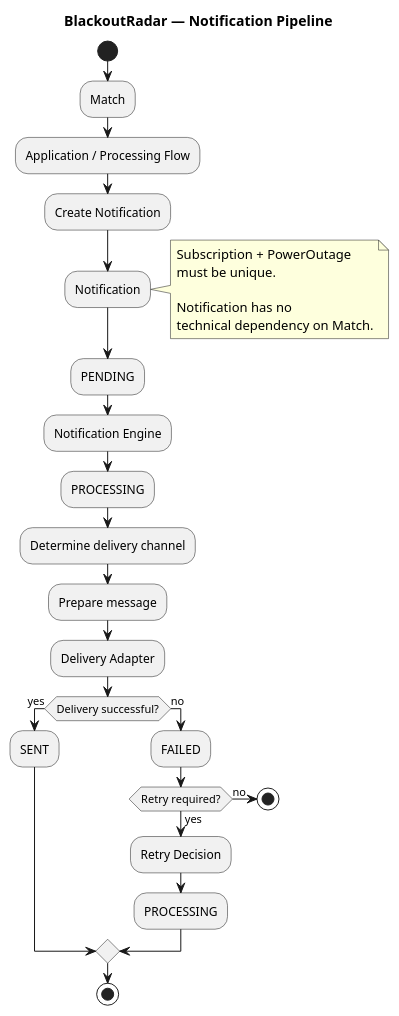
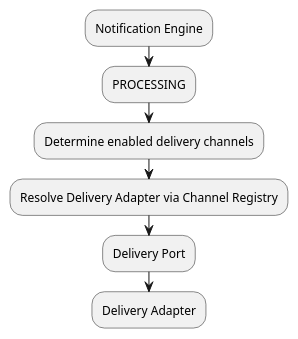
The diagram in docs/diagrams/detailed/09-notification-pipeline.puml (ZyibinAV/BlackoutRadar), drawn with PlantUML before and after one commit. The commit also changed 57 other files, not shown here.

```diff
--- a/docs/diagrams/detailed/09-notification-pipeline.puml
+++ b/docs/diagrams/detailed/09-notification-pipeline.puml
@@ -1,50 +1,10 @@
 @startuml
-title BlackoutRadar — Notification Pipeline
-
-skinparam linetype ortho
-
-start
-
-:Match;
-
-:Application / Processing Flow;
-
-:Create Notification;
-
-:Notification;
-note right
-Subscription + PowerOutage
-must be unique.
-
-Notification has no
-technical dependency on Match.
-end note
-
-:PENDING;
 
 :Notification Engine;
-
 :PROCESSING;
-
-:Determine delivery channel;
-
-:Prepare message;
-
+:Determine enabled delivery channels;
+:Resolve Delivery Adapter via Channel Registry;
+:Delivery Port;
 :Delivery Adapter;
 
-if (Delivery successful?) then (yes)
-    :SENT;
-else (no)
-    :FAILED;
-
-    if (Retry required?) then (yes)
-        :Retry Decision;
-        :PROCESSING;
-    else (no)
-        stop
-    endif
-endif
-
-stop
-
 @enduml
```
